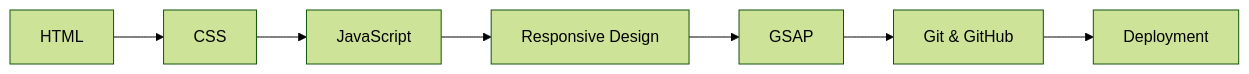
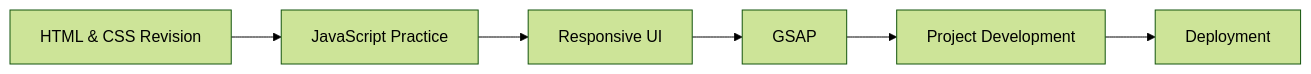
Before and after one commit to udaycodespace/internships: the diagram in remote/edunet-foundation/frontend-webdevelopment/README.md, drawn with Mermaid (forest theme). The commit also changed other lines of this file, not shown here.

First line of the commit message:
docs(edunet): refresh Front End Web Development internship README

````diff
--- a/remote/edunet-foundation/frontend-webdevelopment/README.md
+++ b/remote/edunet-foundation/frontend-webdevelopment/README.md
@@ -29,9 +35,8 @@
 ```mermaid
 flowchart LR
-    A["HTML"] --> B["CSS"]
-    B --> C["JavaScript"]
-    C --> D["Responsive Design"]
-    D --> E["GSAP"]
-    E --> F["Git & GitHub"]
-    F --> G["Deployment"]
+    A["HTML & CSS Revision"] --> B["JavaScript Practice"]
+    B --> C["Responsive UI"]
+    C --> D["GSAP"]
+    D --> E["Project Development"]
+    E --> F["Deployment"]
 ```
````
